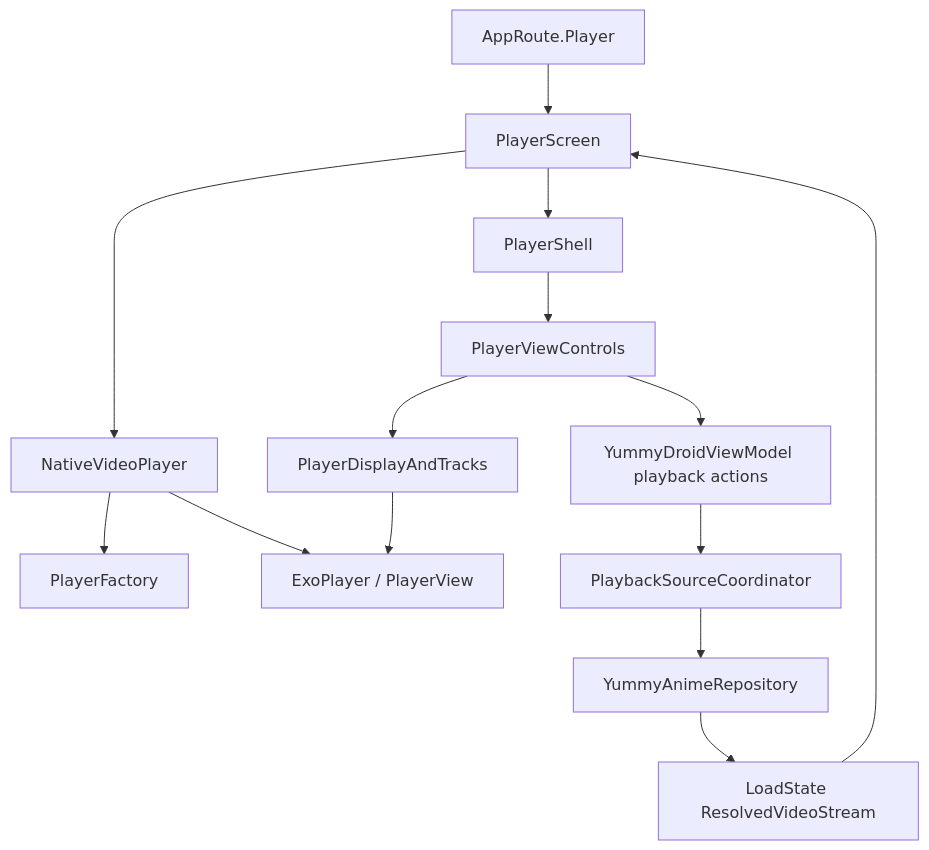
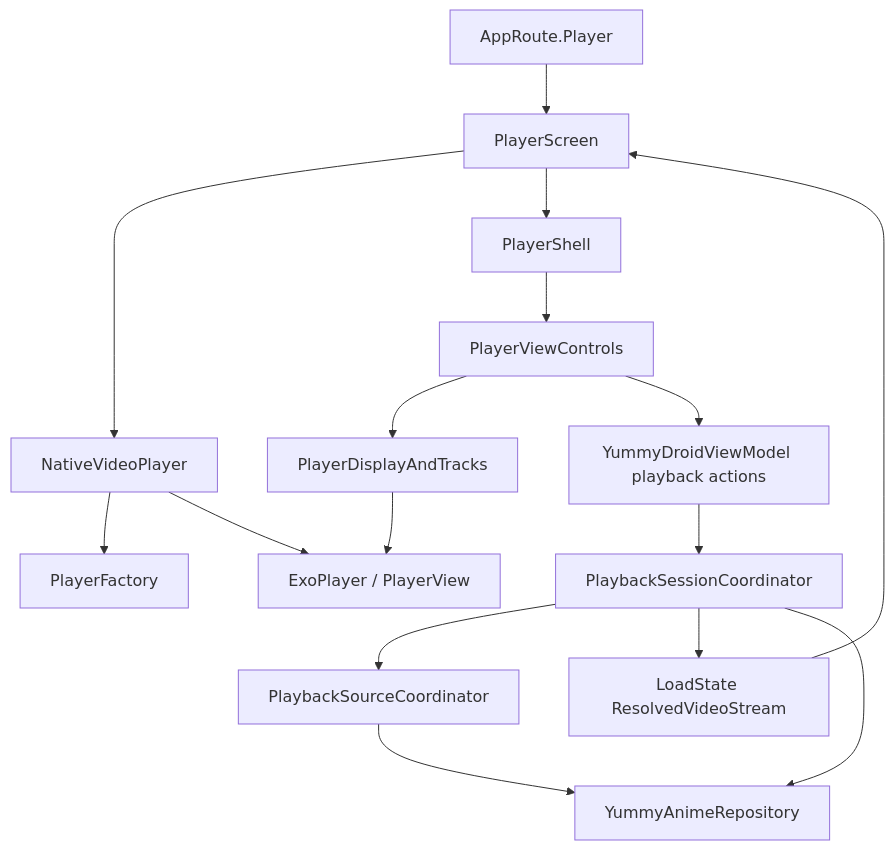
One commit to saltek1995/YummyDroid changed the seventh of 11 diagrams in docs/refactor-logic-map.md. Above: the diagram before and after it, drawn with Mermaid. The commit also changed other lines of this file and 3 other files, not shown here.

Commit message:
Centralize playback session lifecycle

````diff
--- a/docs/refactor-logic-map.md
+++ b/docs/refactor-logic-map.md
@@ -326,29 +325,32 @@
 ```mermaid
 flowchart TD
     Route[AppRoute.Player]
     PlayerScreen[PlayerScreen]
     StreamState[LoadState ResolvedVideoStream]
     Native[NativeVideoPlayer]
     Shell[PlayerShell]
     Controls[PlayerViewControls]
     Tracks[PlayerDisplayAndTracks]
     Factory[PlayerFactory]
     Media3[ExoPlayer / PlayerView]
     VM[YummyDroidViewModel playback actions]
+    SessionCoordinator[PlaybackSessionCoordinator]
     SourceCoordinator[PlaybackSourceCoordinator]
     Repository[YummyAnimeRepository]
 
     Route --> PlayerScreen
     StreamState --> PlayerScreen
     PlayerScreen --> Native
     PlayerScreen --> Shell
     Shell --> Controls
     Controls --> Tracks
     Native --> Factory
     Native --> Media3
     Tracks --> Media3
     Controls --> VM
-    VM --> SourceCoordinator
+    VM --> SessionCoordinator
+    SessionCoordinator --> SourceCoordinator
+    SessionCoordinator --> StreamState
     SourceCoordinator --> Repository
-    Repository --> StreamState
+    SessionCoordinator --> Repository
 ```
````
